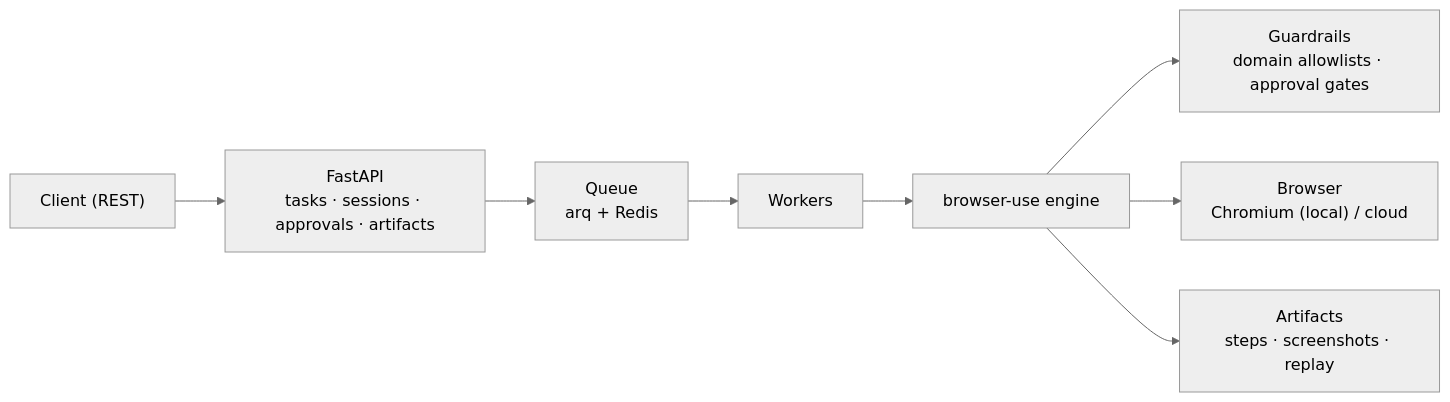
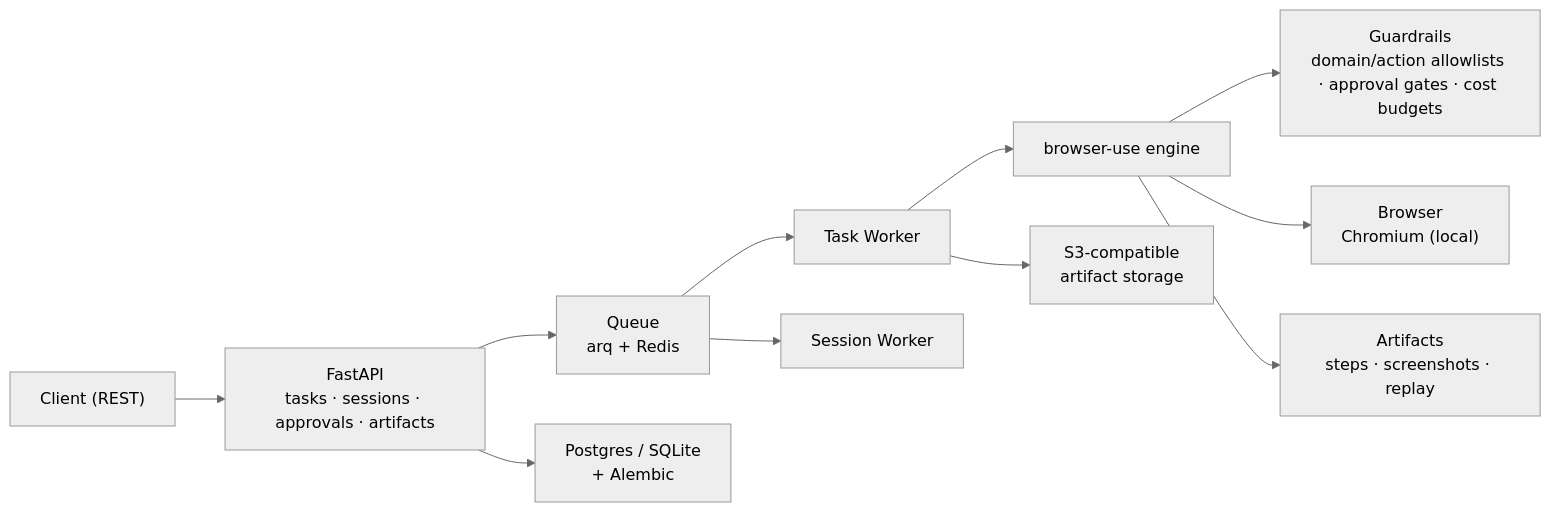
The diagram in README.md (tanishra/Cortex-OS), drawn with Mermaid (neutral theme) before and after one commit. The commit also changed other lines of this file and 5 other files, not shown here.

````diff
--- a/README.md
+++ b/README.md
@@ -23,10 +21,13 @@
 ```mermaid
 flowchart LR
     Client["Client (REST)"] --> API["FastAPI<br/>tasks · sessions · approvals · artifacts"]
     API --> Q["Queue<br/>arq + Redis"]
-    Q --> W["Workers"]
+    Q --> W["Task Worker"]
+    Q --> SW["Session Worker"]
     W --> E["browser-use engine"]
-    E --> G["Guardrails<br/>domain allowlists · approval gates"]
-    E --> B["Browser<br/>Chromium (local) / cloud"]
+    E --> G["Guardrails<br/>domain/action allowlists · approval gates · cost budgets"]
+    E --> B["Browser<br/>Chromium (local)"]
     E --> A["Artifacts<br/>steps · screenshots · replay"]
+    API --> DB["Postgres / SQLite<br/>+ Alembic"]
+    W --> S3["S3-compatible<br/>artifact storage"]
 ```
````
